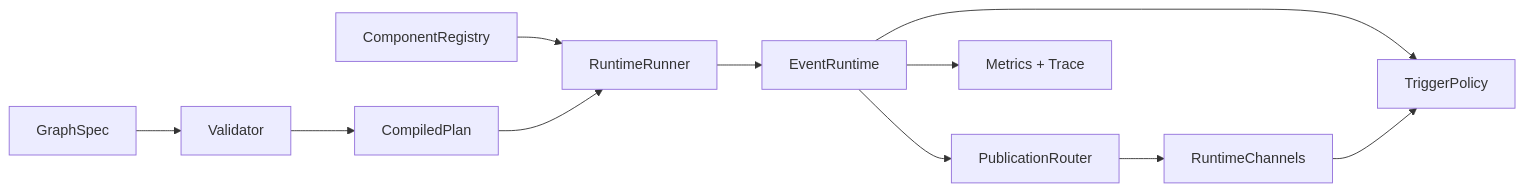
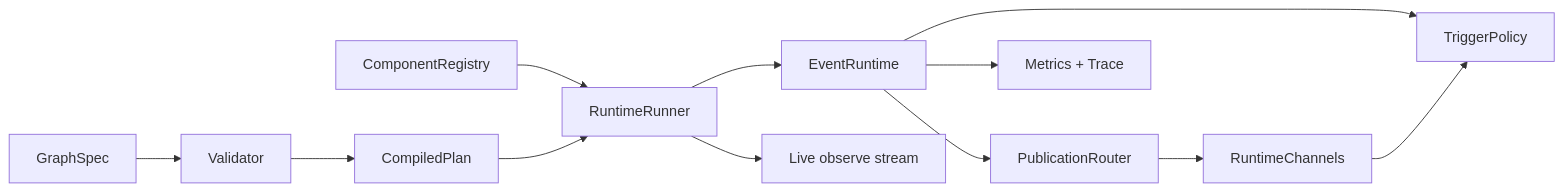
The diagram in README.md (sean2077/topoexec), drawn with Mermaid before and after one commit. The commit also changed other lines of this file and 44 other files, not shown here.

First line of the commit message:
feat: enable low-overhead live runtime validation

````diff
--- a/README.md
+++ b/README.md
@@ -26,12 +26,13 @@
 ```mermaid
 flowchart LR
   ComponentRegistry --> RuntimeRunner
   GraphSpec --> Validator --> CompiledPlan
   CompiledPlan --> RuntimeRunner
   RuntimeRunner --> EventRuntime
   EventRuntime --> TriggerPolicy
   EventRuntime --> PublicationRouter
   PublicationRouter --> RuntimeChannels
   RuntimeChannels --> TriggerPolicy
   EventRuntime --> MetricsTrace[Metrics + Trace]
+  RuntimeRunner --> LiveObserve[Live observe stream]
 ```
````
